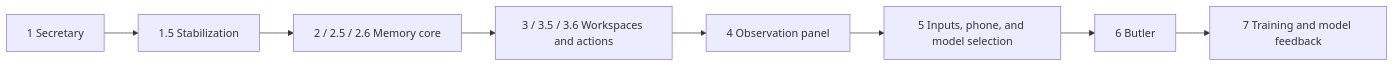
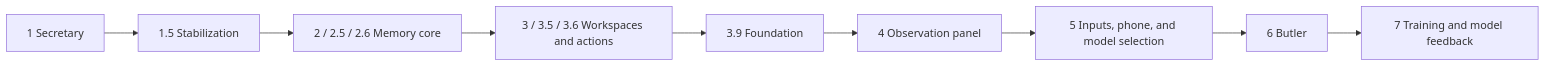
One commit to soaringjerry/PCAS changed the second of 2 diagrams in docs/whitepaper.md. Above: the diagram before and after it, drawn with Mermaid. The commit also changed other lines of this file and 6 other files, not shown here.

First line of the commit message:
docs: define phase 3.9 architecture before further business repairs

````diff
--- a/docs/whitepaper.md
+++ b/docs/whitepaper.md
@@ -227,10 +229,11 @@
 ```mermaid
 flowchart LR
     A[1 Secretary] --> B[1.5 Stabilization]
     B --> C[2 / 2.5 / 2.6 Memory core]
     C --> D[3 / 3.5 / 3.6 Workspaces and actions]
-    D --> E[4 Observation panel]
+    D --> I[3.9 Foundation]
+    I --> E[4 Observation panel]
     E --> F[5 Inputs, phone, and model selection]
     F --> G[6 Butler]
     G --> H[7 Training and model feedback]
 ```
````
